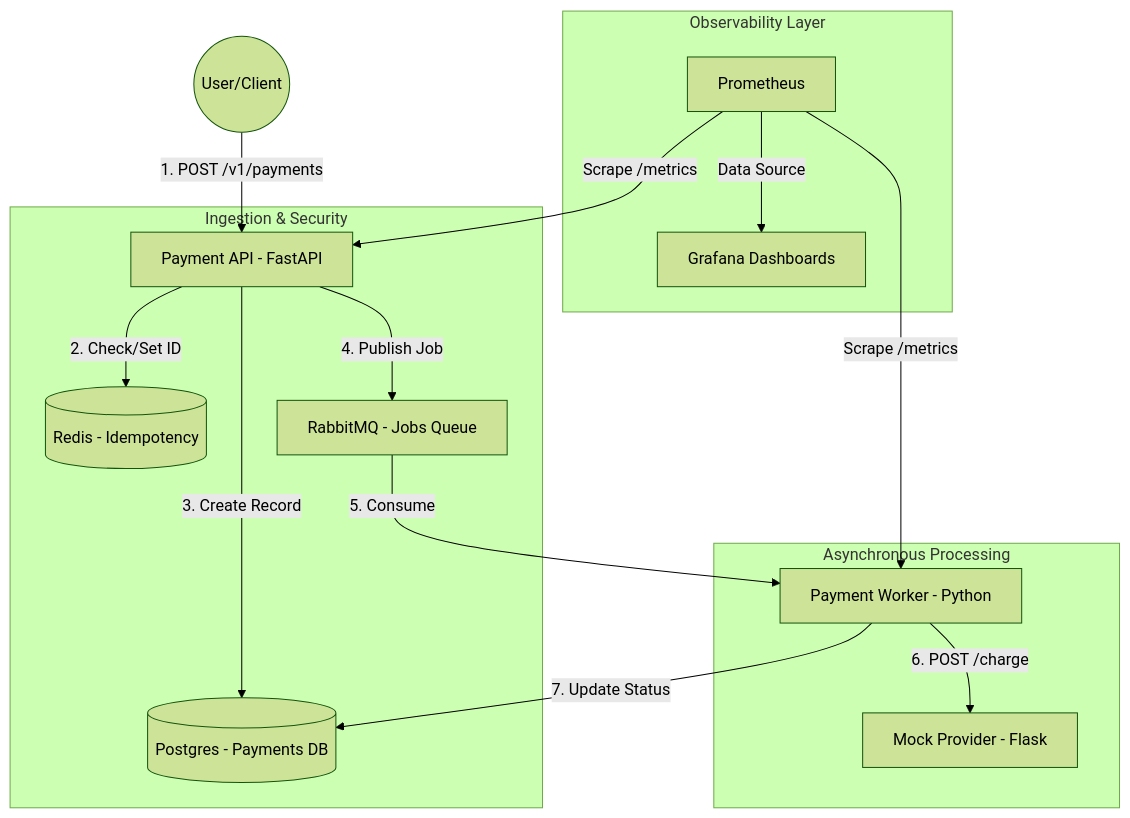
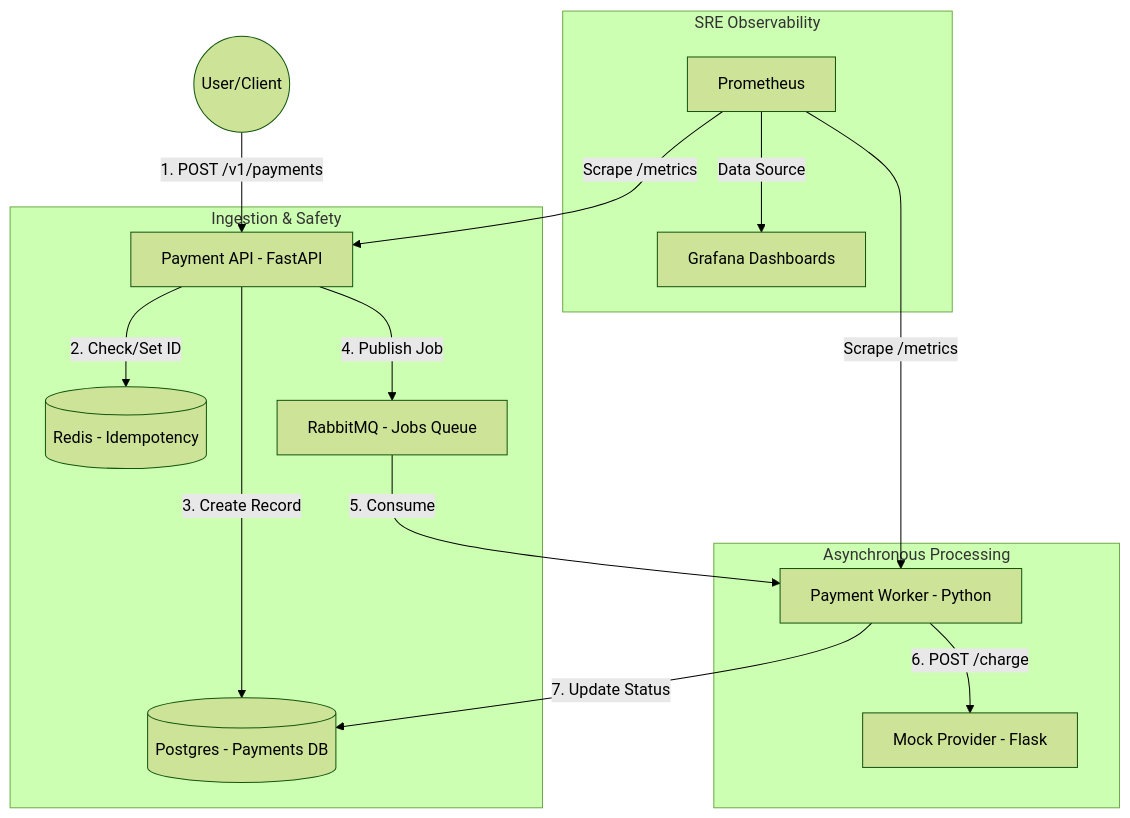
The diagram in README.md (aashiruu/fault-tolerant-payments), drawn with Mermaid (forest theme) before and after one commit. The commit also changed other lines of this file and 8 other files, not shown here.

````diff
--- a/README.md
+++ b/README.md
@@ -8,22 +8,22 @@
 ```mermaid
 graph TD
     User((User/Client)) -->|1. POST /v1/payments| API[Payment API - FastAPI]
     
-    subgraph "Ingestion & Security"
+    subgraph "Ingestion & Safety"
         API -->|2. Check/Set ID| Redis[(Redis - Idempotency)]
         API -->|3. Create Record| DB[(Postgres - Payments DB)]
         API -->|4. Publish Job| RMQ[RabbitMQ - Jobs Queue]
     end
 
     subgraph "Asynchronous Processing"
         RMQ -->|5. Consume| Worker[Payment Worker - Python]
         Worker -->|6. POST /charge| Provider[Mock Provider - Flask]
         Worker -->|7. Update Status| DB
     end
 
-    subgraph "Observability Layer"
+    subgraph "SRE Observability"
         Prom[Prometheus] -->|Scrape /metrics| API
         Prom -->|Scrape /metrics| Worker
         Prom -->|Data Source| Grafana[Grafana Dashboards]
     end
 ```
````
